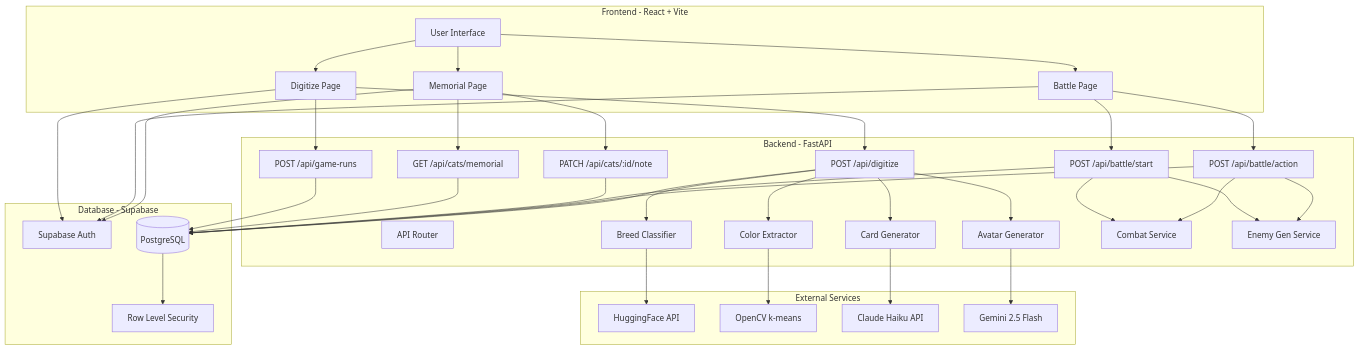
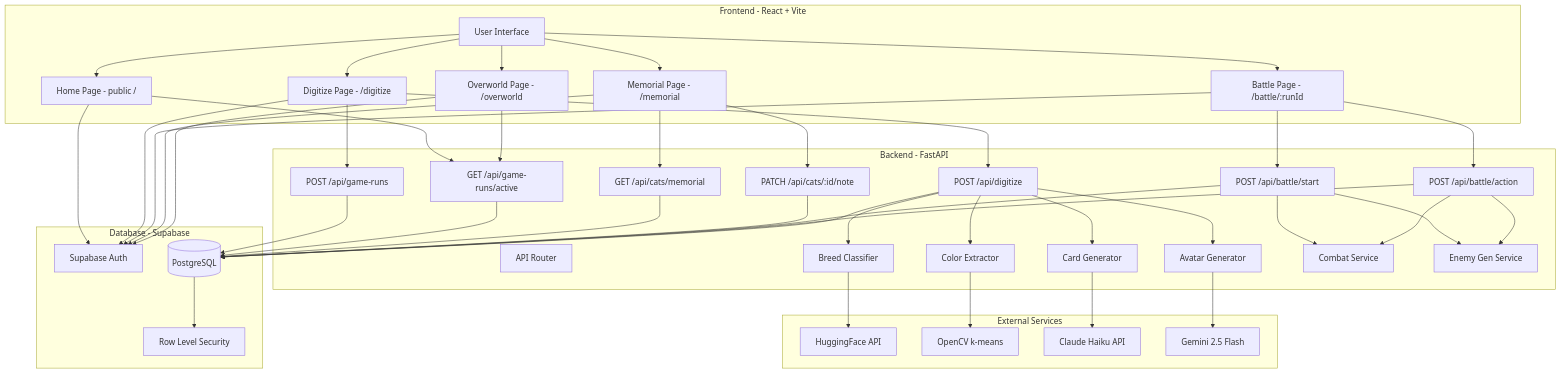
Before and after one commit to eucaliptuskoala/nine-lives: the first of 2 diagrams in .kiro/specs/nine-lives-complete-implementation/design.md, drawn with Mermaid. The commit also changed other lines of this file and 49 other files, not shown here.

Commit message:
ui polishing, home and overworld pages

````diff
--- a/.kiro/specs/nine-lives-complete-implementation/design.md
+++ b/.kiro/specs/nine-lives-complete-implementation/design.md
@@ -16,15 +18,18 @@
 graph TB
     subgraph "Frontend - React + Vite"
         UI[User Interface]
-        DigitizePage[Digitize Page]
-        BattlePage[Battle Page]
-        MemorialPage[Memorial Page]
+        HomePage[Home Page - public /]
+        DigitizePage[Digitize Page - /digitize]
+        BattlePage[Battle Page - /battle/:runId]
+        MemorialPage[Memorial Page - /memorial]
+        OverworldPage[Overworld Page - /overworld]
     end
 
     subgraph "Backend - FastAPI"
         API[API Router]
         DigitizeEndpoint[POST /api/digitize]
         GameRunsEndpoint[POST /api/game-runs]
+        ActiveRunEndpoint[GET /api/game-runs/active]
         MemorialEndpoint[GET /api/cats/memorial]
         NoteEndpoint[PATCH /api/cats/:id/note]
         BattleStart[POST /api/battle/start]
@@ -50,10 +55,14 @@
         RLS[Row Level Security]
     end
 
+    UI --> HomePage
     UI --> DigitizePage
     UI --> BattlePage
     UI --> MemorialPage
+    UI --> OverworldPage
 
+    HomePage --> ActiveRunEndpoint
+    OverworldPage --> ActiveRunEndpoint
     DigitizePage --> DigitizeEndpoint
     DigitizePage --> GameRunsEndpoint
     BattlePage --> BattleStart
@@ -62,6 +71,7 @@
     MemorialPage --> NoteEndpoint
 
     GameRunsEndpoint --> DB
+    ActiveRunEndpoint --> DB
     MemorialEndpoint --> DB
     NoteEndpoint --> DB
 
@@ -84,8 +94,10 @@
     CardGenerator --> Claude
     ImageGenerator --> Gemini
 
+    HomePage --> Auth
     DigitizePage --> Auth
     BattlePage --> Auth
     MemorialPage --> Auth
+    OverworldPage --> Auth
     DB --> RLS
 ```
````
